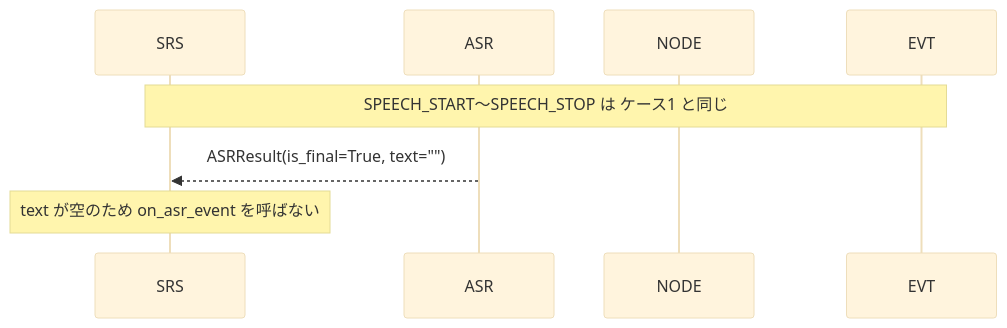
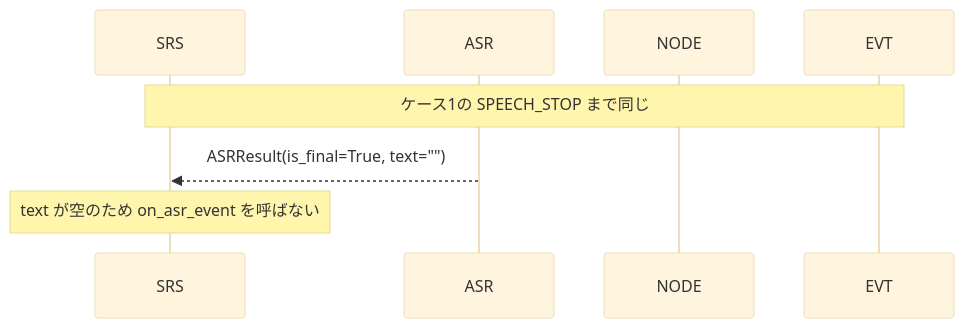
Before and after one commit to sato-susumu/susumu_asr_ros: the fifth of 8 diagrams in susumu_asr_ros/README_modules.md, drawn with Mermaid (base theme). The commit also changed other lines of this file and 25 other files, not shown here.

````diff
--- a/susumu_asr_ros/README_modules.md
+++ b/susumu_asr_ros/README_modules.md
@@ -138,12 +183,12 @@
 ```mermaid
 sequenceDiagram
     participant SRS as SRS
     participant ASR as ASR
     participant NODE as NODE
     participant EVT as EVT
 
-    note over SRS,EVT : SPEECH_START〜SPEECH_STOP は ケース1 と同じ
+    note over SRS,EVT : ケース1の SPEECH_STOP まで同じ
 
     ASR -->> SRS : ASRResult(is_final=True, text="")
     note over SRS : text が空のため on_asr_event を呼ばない
 ```
````
